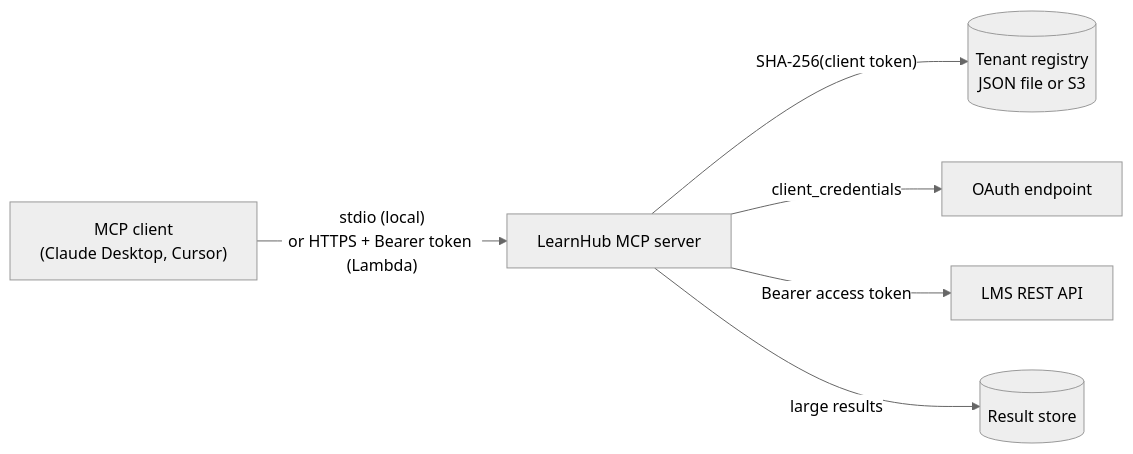
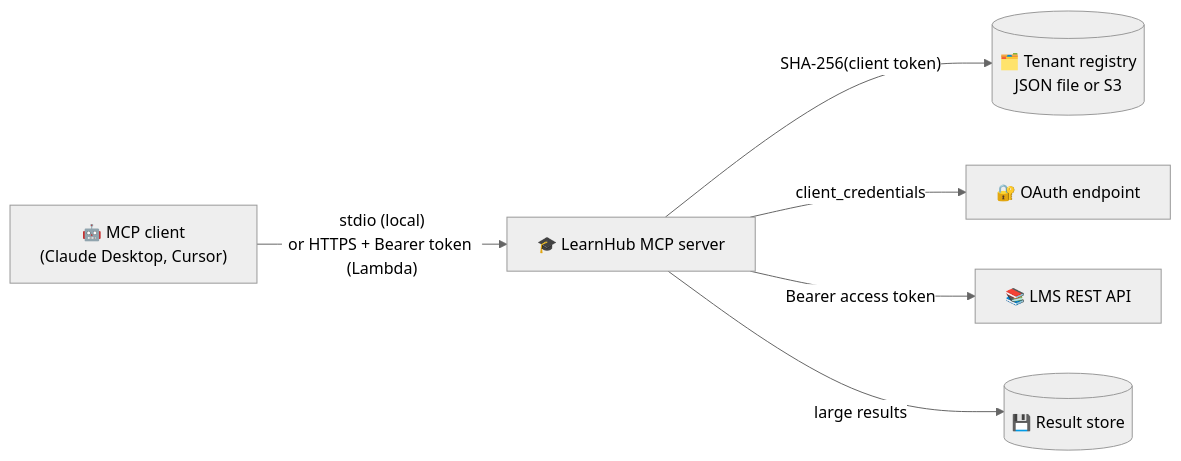
One commit to MedAmine-SUDO/learnhub-mcp-server changed the diagram in README.md. Above: the diagram before and after it, drawn with Mermaid (neutral theme). The commit also changed other lines of this file and 2 other files, not shown here.

````diff
--- a/README.md
+++ b/README.md
@@ -22,8 +87,8 @@
 ```mermaid
 flowchart LR
-    C["MCP client<br/>(Claude Desktop, Cursor)"] -- "stdio (local)<br/>or HTTPS + Bearer token (Lambda)" --> S[LearnHub MCP server]
-    S -- "SHA-256(client token)" --> R[("Tenant registry<br/>JSON file or S3")]
-    S -- "client_credentials" --> O[OAuth endpoint]
-    S -- "Bearer access token" --> A[LMS REST API]
-    S -- "large results" --> F[("Result store")]
+    C["🤖 MCP client<br/>(Claude Desktop, Cursor)"] -- "stdio (local)<br/>or HTTPS + Bearer token (Lambda)" --> S["🎓 LearnHub MCP server"]
+    S -- "SHA-256(client token)" --> R[("🗂️ Tenant registry<br/>JSON file or S3")]
+    S -- "client_credentials" --> O["🔐 OAuth endpoint"]
+    S -- "Bearer access token" --> A["📚 LMS REST API"]
+    S -- "large results" --> F[("💾 Result store")]
 ```
````
